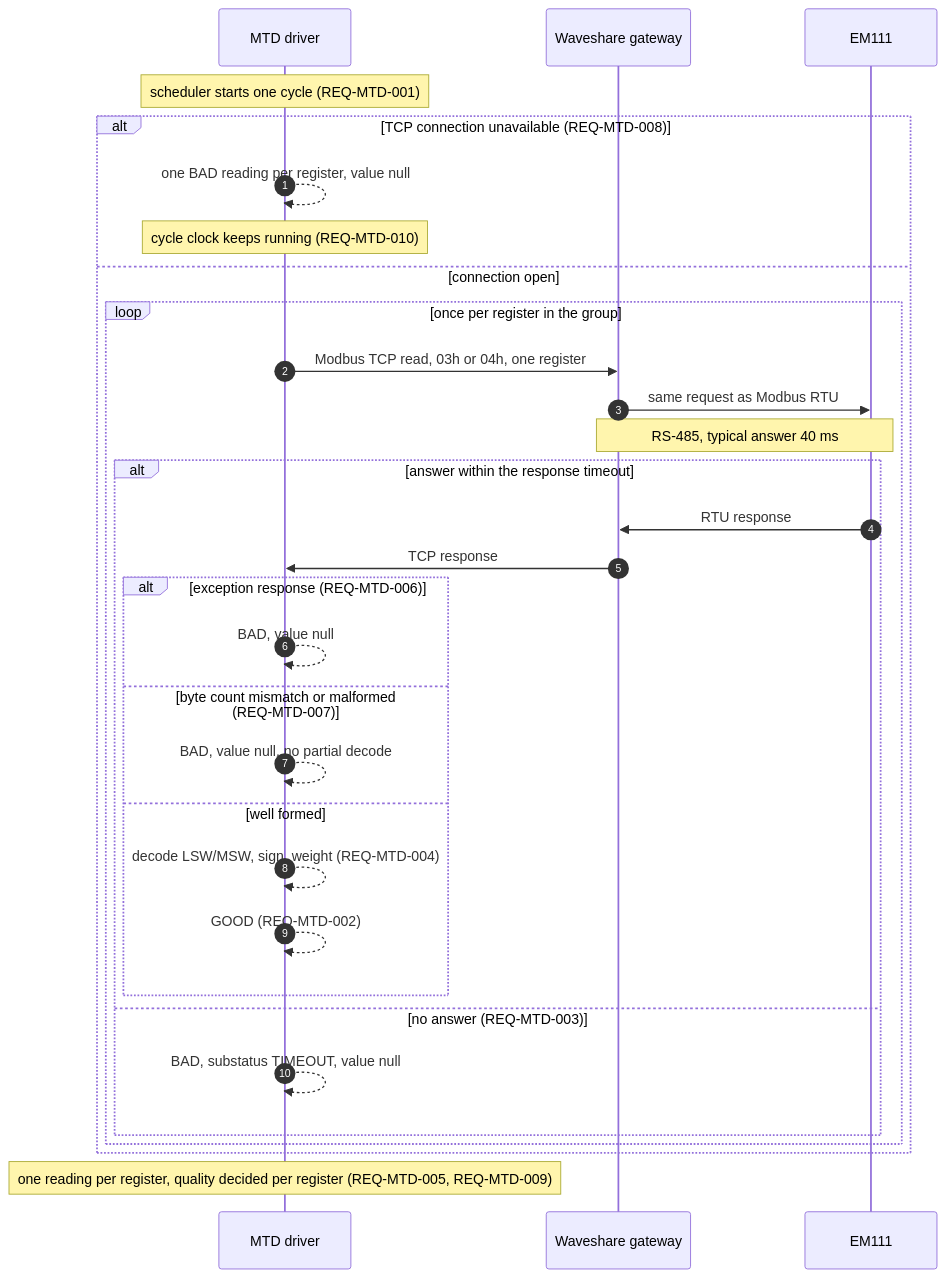
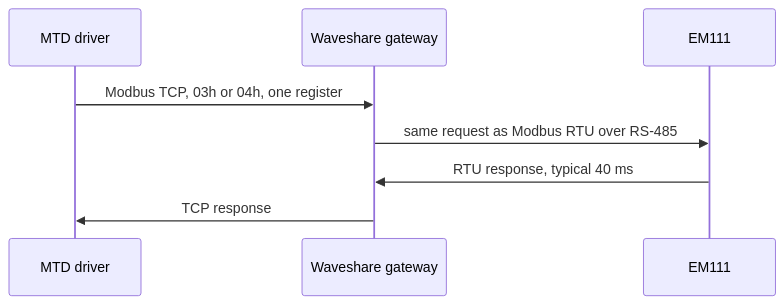
The third of 3 diagrams in docs/design/modbus-tcp-driver/design.md (jar-toiv/iot-testialusta), drawn with Mermaid before and after one commit. The commit also changed other lines of this file, not shown here.

First line of the commit message:
docs: split driver cycle diagram by concern

````diff
--- a/docs/design/modbus-tcp-driver/design.md
+++ b/docs/design/modbus-tcp-driver/design.md
@@ -104,36 +150,10 @@
 ```mermaid
 sequenceDiagram
-    autonumber
     participant MTD as MTD driver
     participant GW as Waveshare gateway
     participant EM as EM111
-
-    Note over MTD: scheduler starts one cycle (REQ-MTD-001)
-
-    alt TCP connection unavailable (REQ-MTD-008)
-        MTD-->>MTD: one BAD reading per register, value null
-        Note over MTD: cycle clock keeps running (REQ-MTD-010)
-    else connection open
-        loop once per register in the group
-            MTD->>GW: Modbus TCP read, 03h or 04h, one register
-            GW->>EM: same request as Modbus RTU
-            Note over GW,EM: RS-485, typical answer 40 ms
-            alt answer within the response timeout
-                EM->>GW: RTU response
-                GW->>MTD: TCP response
-                alt exception response (REQ-MTD-006)
-                    MTD-->>MTD: BAD, value null
-                else byte count mismatch or malformed (REQ-MTD-007)
-                    MTD-->>MTD: BAD, value null, no partial decode
-                else well formed
-                    MTD-->>MTD: decode LSW/MSW, sign, weight (REQ-MTD-004)
-                    MTD-->>MTD: GOOD (REQ-MTD-002)
-                end
-            else no answer (REQ-MTD-003)
-                MTD-->>MTD: BAD, substatus TIMEOUT, value null
-            end
-        end
-    end
-
-    Note over MTD: one reading per register, quality decided per register (REQ-MTD-005, REQ-MTD-009)
+    MTD->>GW: Modbus TCP, 03h or 04h, one register
+    GW->>EM: same request as Modbus RTU over RS-485
+    EM->>GW: RTU response, typical 40 ms
+    GW->>MTD: TCP response
 ```
````
